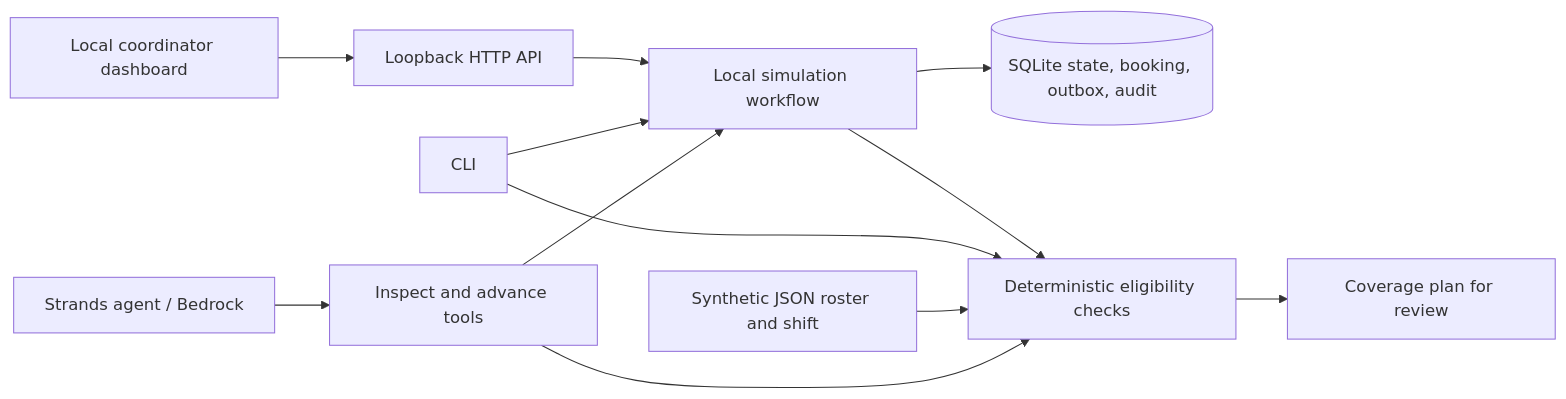
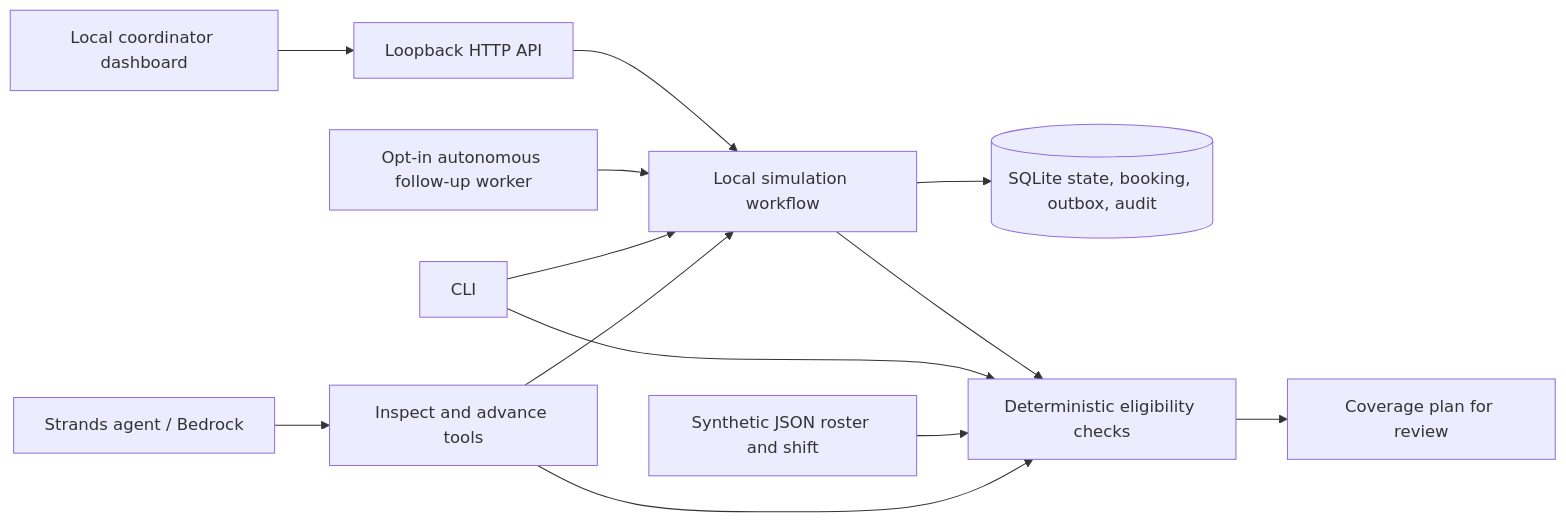
The first of 2 diagrams in docs/ARCHITECTURE.md (tsam6/ShiftRescue), drawn with Mermaid before and after one commit. The commit also changed other lines of this file and 9 other files, not shown here.

````diff
--- a/docs/ARCHITECTURE.md
+++ b/docs/ARCHITECTURE.md
@@ -4,14 +4,15 @@
 ```mermaid
 flowchart LR
     UI[Local coordinator dashboard] --> API[Loopback HTTP API]
     API --> Workflow[Local simulation workflow]
+    Auto[Opt-in autonomous follow-up worker] --> Workflow
     CLI[CLI] --> Workflow
     Workflow --> Store[(SQLite state, booking, outbox, audit)]
     Workflow --> Rules
     CLI --> Rules[Deterministic eligibility checks]
     Data[Synthetic JSON roster and shift] --> Rules
     Rules --> Plan[Coverage plan for review]
     Agent[Strands agent / Bedrock] --> Tool[Inspect and advance tools]
     Tool --> Rules
     Tool --> Workflow
 ```
````
